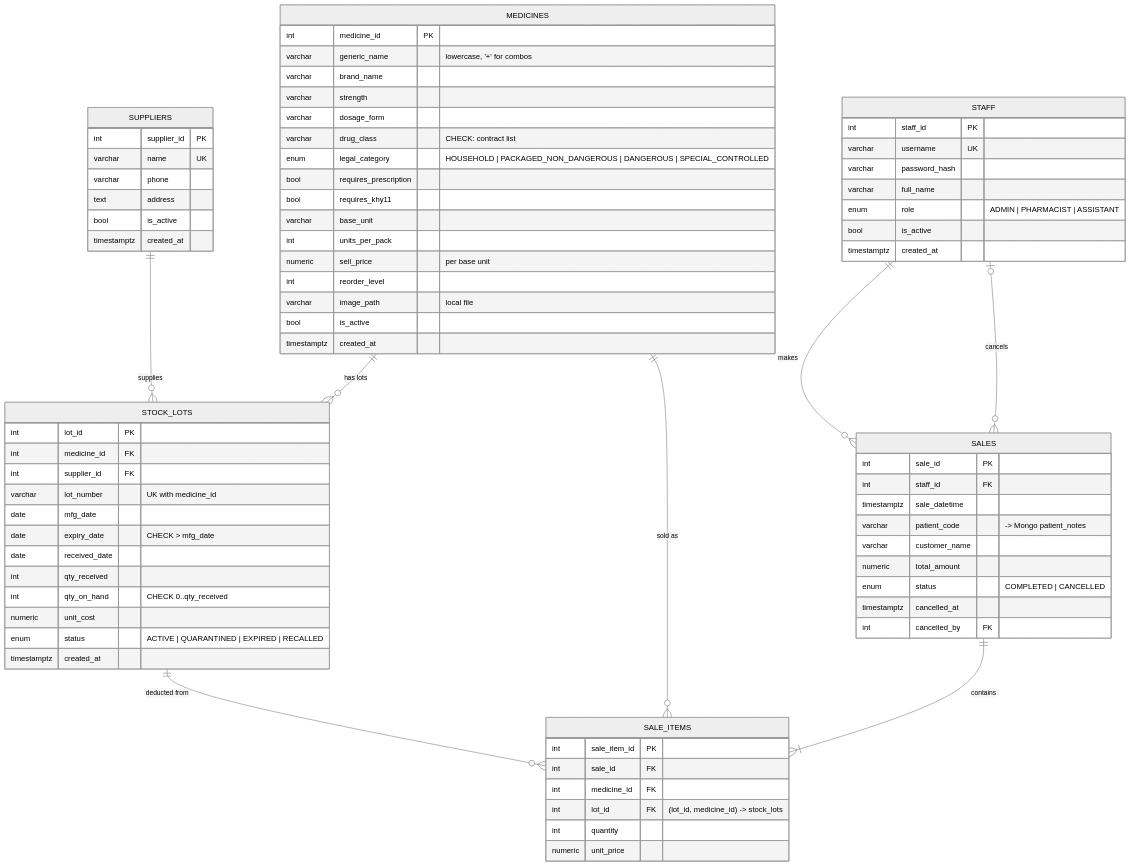
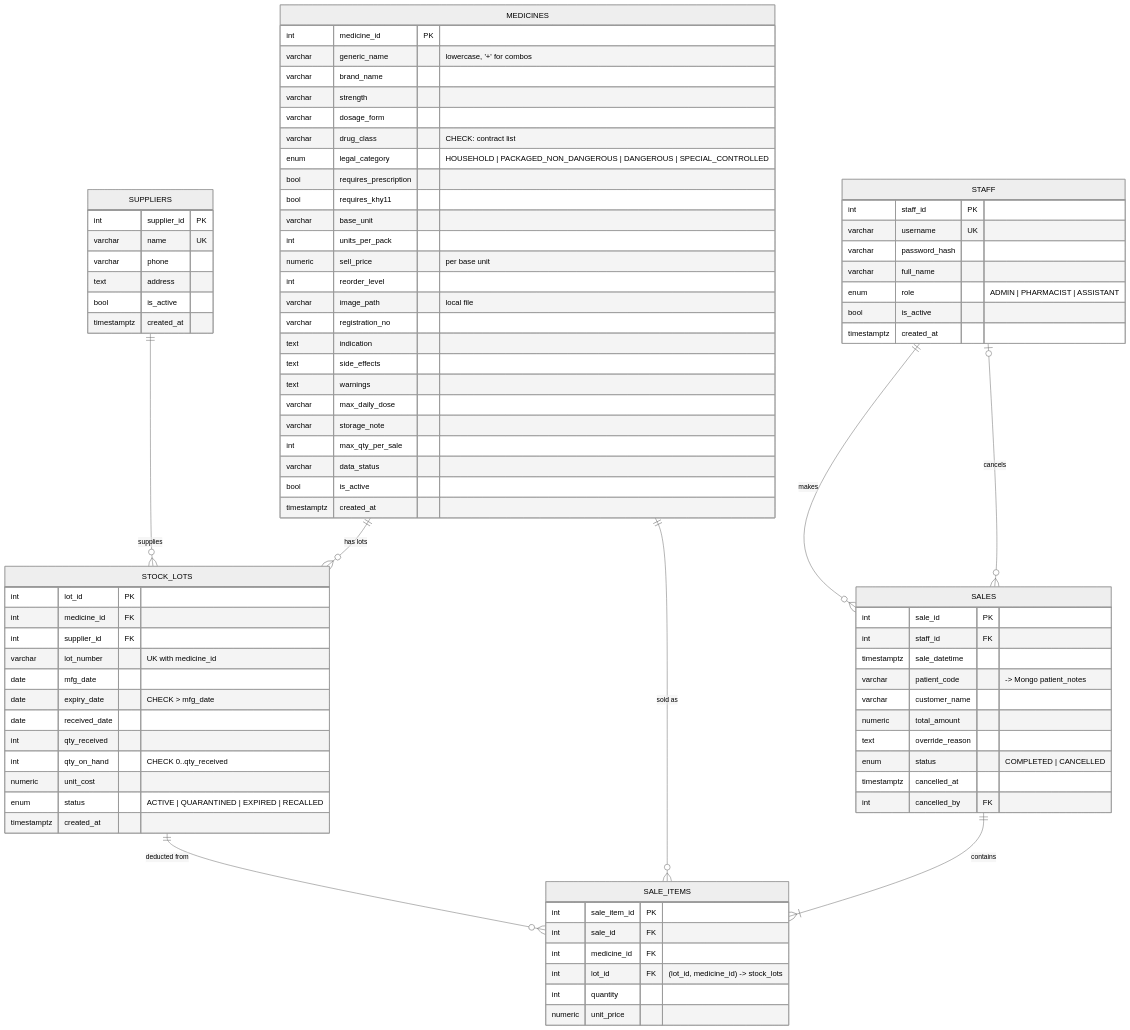
The diagram in docs/diagrams/er-diagram.md (PiyapongAusawarachan/Pharmacy-Inventory), drawn with Mermaid (neutral theme) before and after one commit. The commit also changed other lines of this file and 97 other files, not shown here.

```diff
--- a/docs/diagrams/er-diagram.md
+++ b/docs/diagrams/er-diagram.md
@@ -44,6 +44,14 @@
         numeric sell_price "per base unit"
         int reorder_level
         varchar image_path "local file"
+        varchar registration_no
+        text indication
+        text side_effects
+        text warnings
+        varchar max_daily_dose
+        varchar storage_note
+        int max_qty_per_sale
+        varchar data_status
         bool is_active
         timestamptz created_at
     }
@@ -68,6 +76,7 @@
         varchar patient_code "-> Mongo patient_notes"
         varchar customer_name
         numeric total_amount
+        text override_reason
         enum status "COMPLETED | CANCELLED"
         timestamptz cancelled_at
         int cancelled_by FK
```
